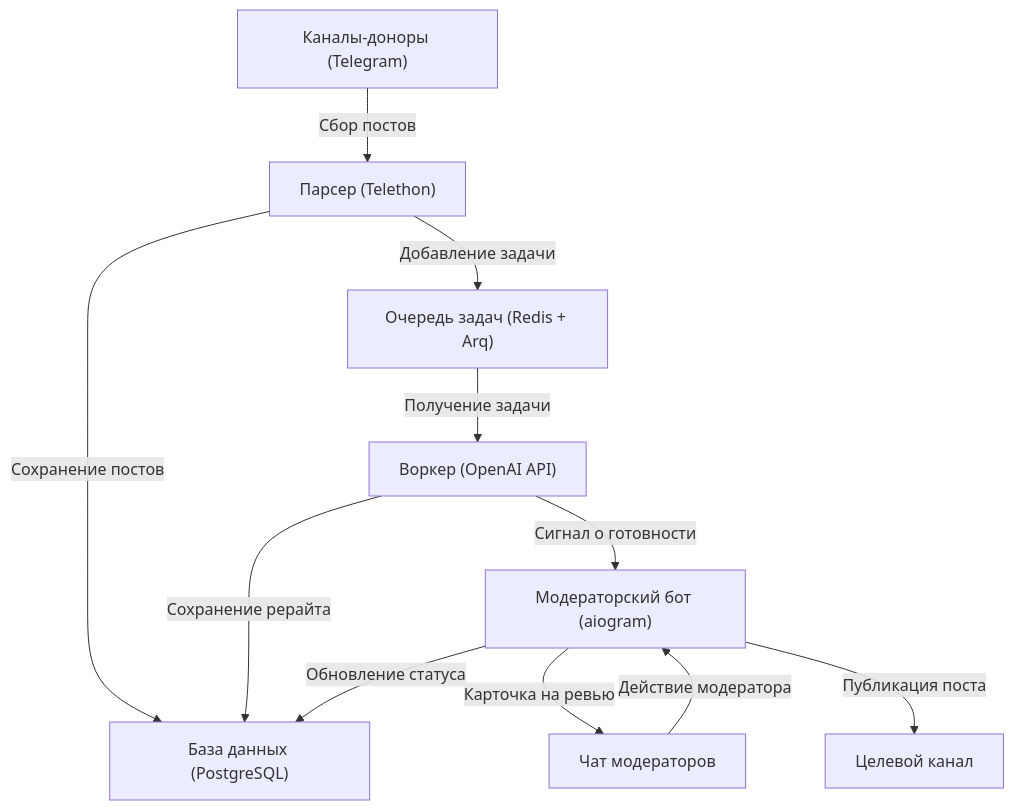
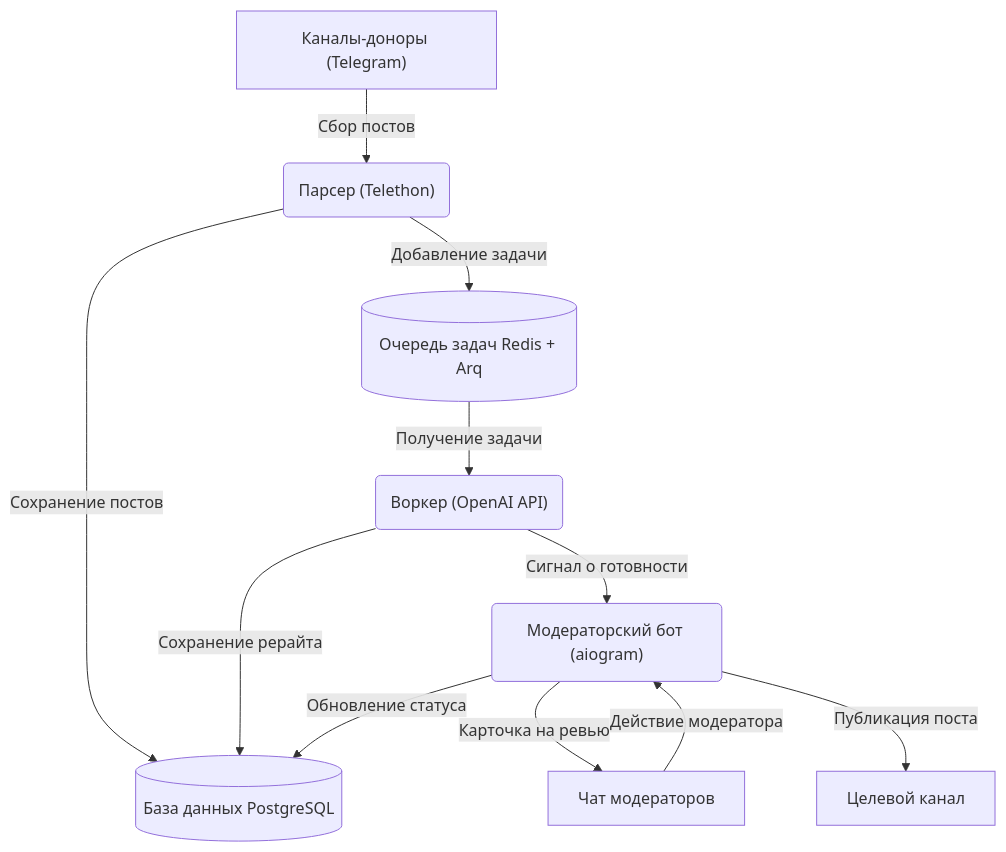
One commit to ivanchik-byte/Telegram-Channel-Admin changed the diagram in README.md. Above: the diagram before and after it, drawn with Mermaid.

Commit message:
docs: stylize Mermaid diagram nodes

````diff
--- a/README.md
+++ b/README.md
@@ -26,13 +26,13 @@
 ```mermaid
 flowchart TD
-    Donors["Каналы-доноры (Telegram)"] -->|Сбор постов| Parser["Парсер (Telethon)"]
-    Parser -->|Сохранение постов| DB["База данных (PostgreSQL)"]
-    Parser -->|Добавление задачи| Queue["Очередь задач (Redis + Arq)"]
-    Queue -->|Получение задачи| Worker["Воркер (OpenAI API)"]
+    Donors["Каналы-доноры (Telegram)"] -->|Сбор постов| Parser("Парсер (Telethon)")
+    Parser -->|Сохранение постов| DB[(База данных PostgreSQL)]
+    Parser -->|Добавление задачи| Queue[(Очередь задач Redis + Arq)]
+    Queue -->|Получение задачи| Worker("Воркер (OpenAI API)")
     Worker -->|Сохранение рерайта| DB
-    Worker -->|Сигнал о готовности| Bot["Модераторский бот (aiogram)"]
+    Worker -->|Сигнал о готовности| Bot("Модераторский бот (aiogram)")
     Bot -->|Карточка на ревью| ModGroup["Чат модераторов"]
     ModGroup -->|Действие модератора| Bot
     Bot -->|Обновление статуса| DB
     Bot -->|Публикация поста| TargetChannel["Целевой канал"]
 ```
````
